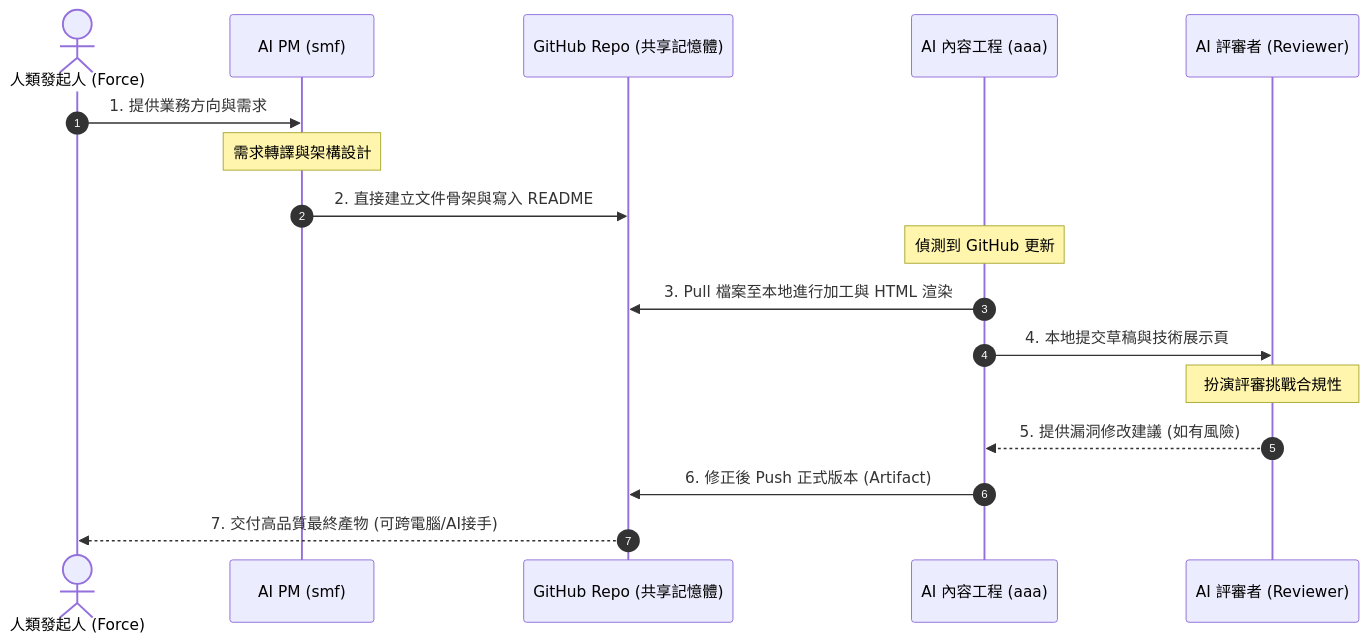
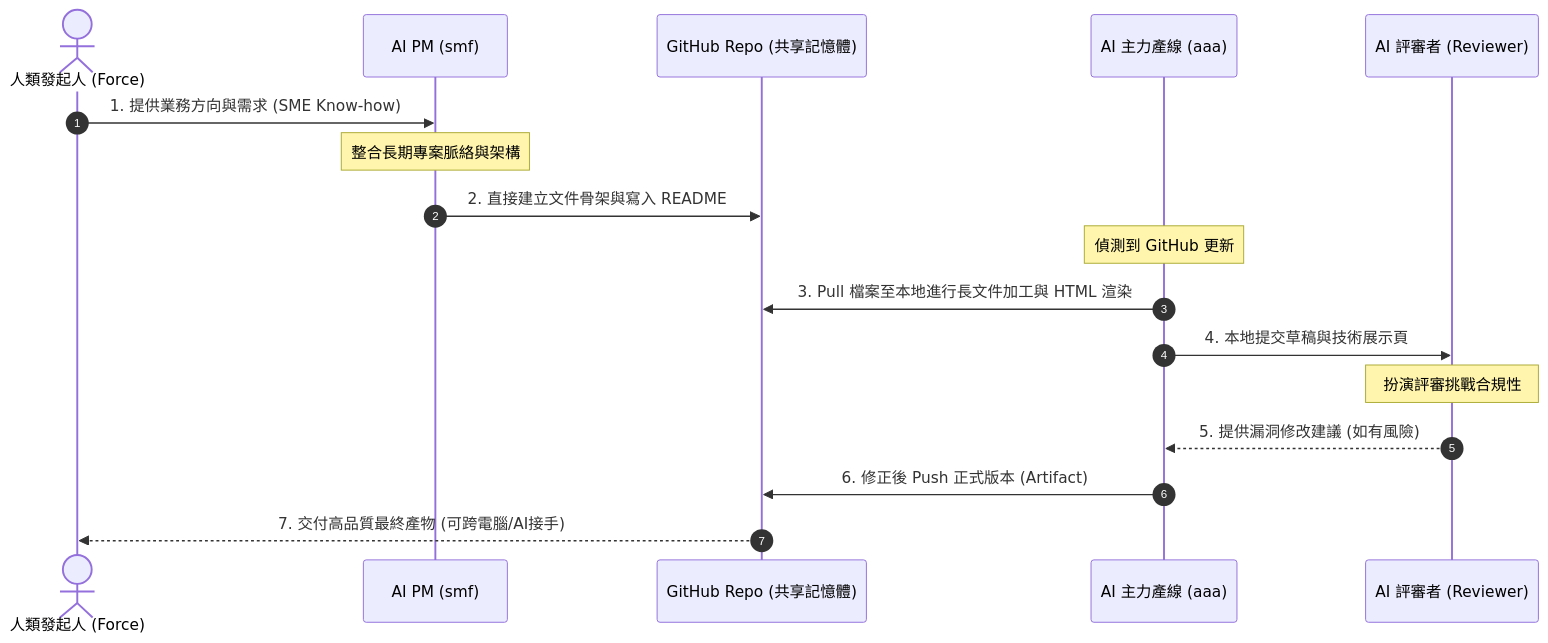
One commit to falo-chinese/skyline-class changed the third of 3 diagrams in class2/docs/03_multi_ai_collaboration.md. Above: the diagram before and after it, drawn with Mermaid. The commit also changed other lines of this file and 3 other files, not shown here.

Commit message:
Upgrade courseware to include Horizon AI Org Chart and Minimum Viable AI Team concept

````diff
--- a/class2/docs/03_multi_ai_collaboration.md
+++ b/class2/docs/03_multi_ai_collaboration.md
@@ -59,20 +105,20 @@
 ```mermaid
 sequenceDiagram
     autonumber
     actor ff as 人類發起人 (Force)
     participant smf as AI PM (smf)
     participant github as GitHub Repo (共享記憶體)
-    participant aaa as AI 內容工程 (aaa)
+    participant aaa as AI 主力產線 (aaa)
     participant ccc as AI 評審者 (Reviewer)
 
-    ff->>smf: 1. 提供業務方向與需求
-    Note over smf: 需求轉譯與架構設計
+    ff->>smf: 1. 提供業務方向與需求 (SME Know-how)
+    Note over smf: 整合長期專案脈絡與架構
     smf->>github: 2. 直接建立文件骨架與寫入 README
     Note over aaa: 偵測到 GitHub 更新
-    aaa->>github: 3. Pull 檔案至本地進行加工與 HTML 渲染
+    aaa->>github: 3. Pull 檔案至本地進行長文件加工與 HTML 渲染
     aaa->>ccc: 4. 本地提交草稿與技術展示頁
     Note over ccc: 扮演評審挑戰合規性
     ccc-->>aaa: 5. 提供漏洞修改建議 (如有風險)
     aaa->>github: 6. 修正後 Push 正式版本 (Artifact)
     github-->>ff: 7. 交付高品質最終產物 (可跨電腦/AI接手)
 ```
````
